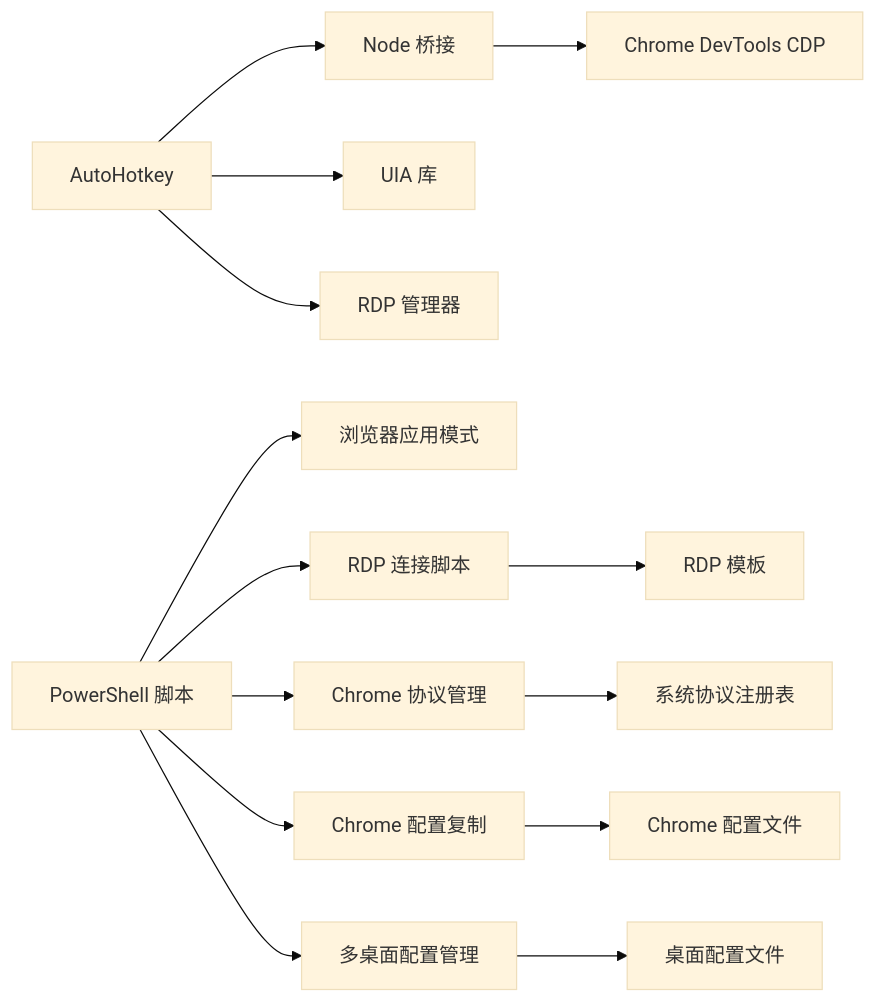
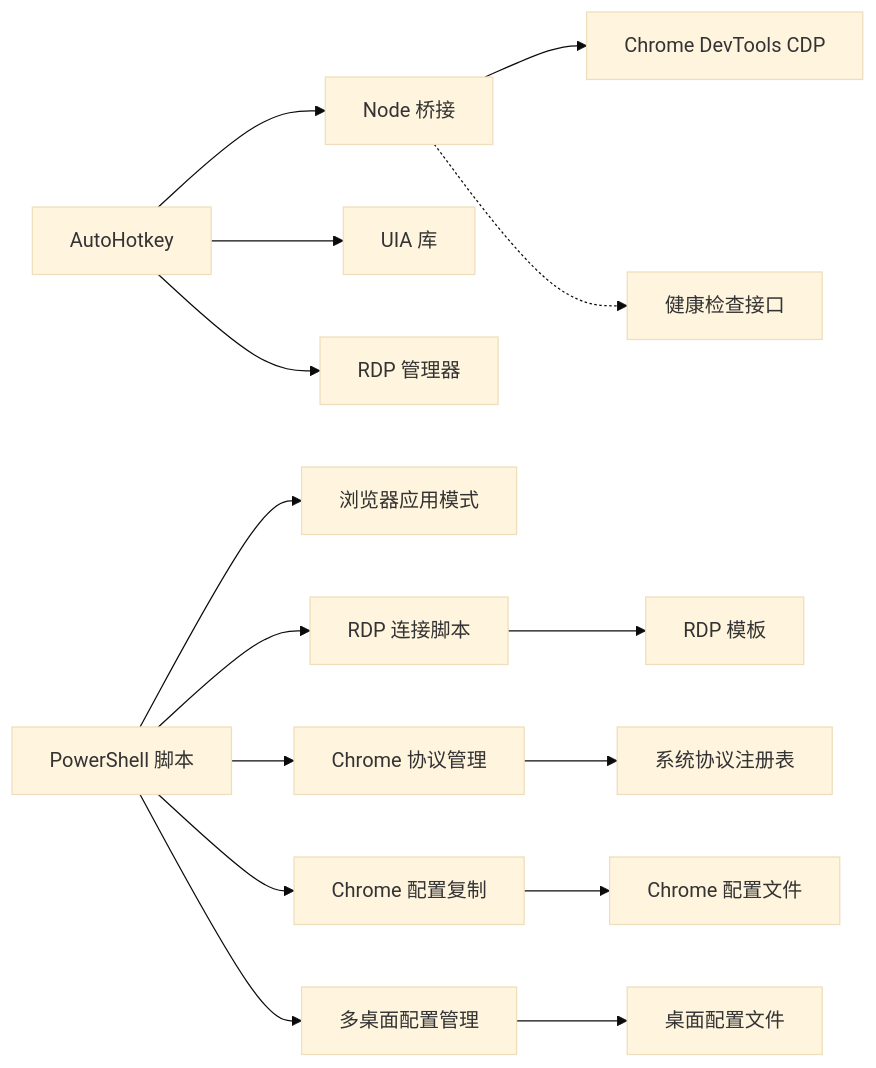
The tenth of 10 diagrams in .qoder/repowiki/zh/content/外部工具集成/外部工具集成.md (wangys-123doit/hotkey), drawn with Mermaid (base theme) before and after one commit. The commit also changed other lines of this file and 5 other files, not shown here.

````diff
--- a/.qoder/repowiki/zh/content/外部工具集成/外部工具集成.md
+++ b/.qoder/repowiki/zh/content/外部工具集成/外部工具集成.md
@@ -487,16 +517,17 @@
 ```mermaid
 graph LR
 Node["Node 桥接"] --> CDP["Chrome DevTools CDP"]
 AHK["AutoHotkey"] --> Node
 AHK --> UIA["UIA 库"]
 AHK --> RDP["RDP 管理器"]
 PS["PowerShell 脚本"] --> Browser["浏览器应用模式"]
 PS --> RDPConn["RDP 连接脚本"]
 PS --> ChromeProto["Chrome 协议管理"]
 PS --> ChromeCopy["Chrome 配置复制"]
 PS --> MultiDesktop["多桌面配置管理"]
 RDPConn --> RDPFile["RDP 模板"]
 ChromeProto --> SystemReg["系统协议注册表"]
 ChromeCopy --> ChromeProfiles["Chrome 配置文件"]
 MultiDesktop --> DesktopProfiles["桌面配置文件"]
+Node -.-> Health["健康检查接口"]
 ```
````
